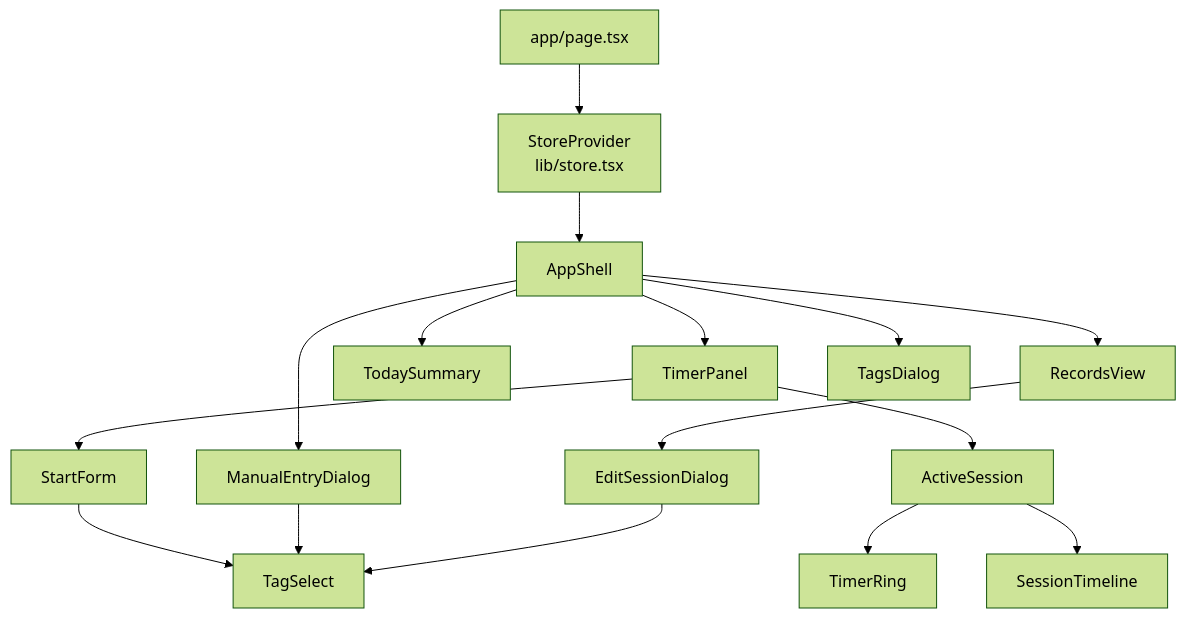
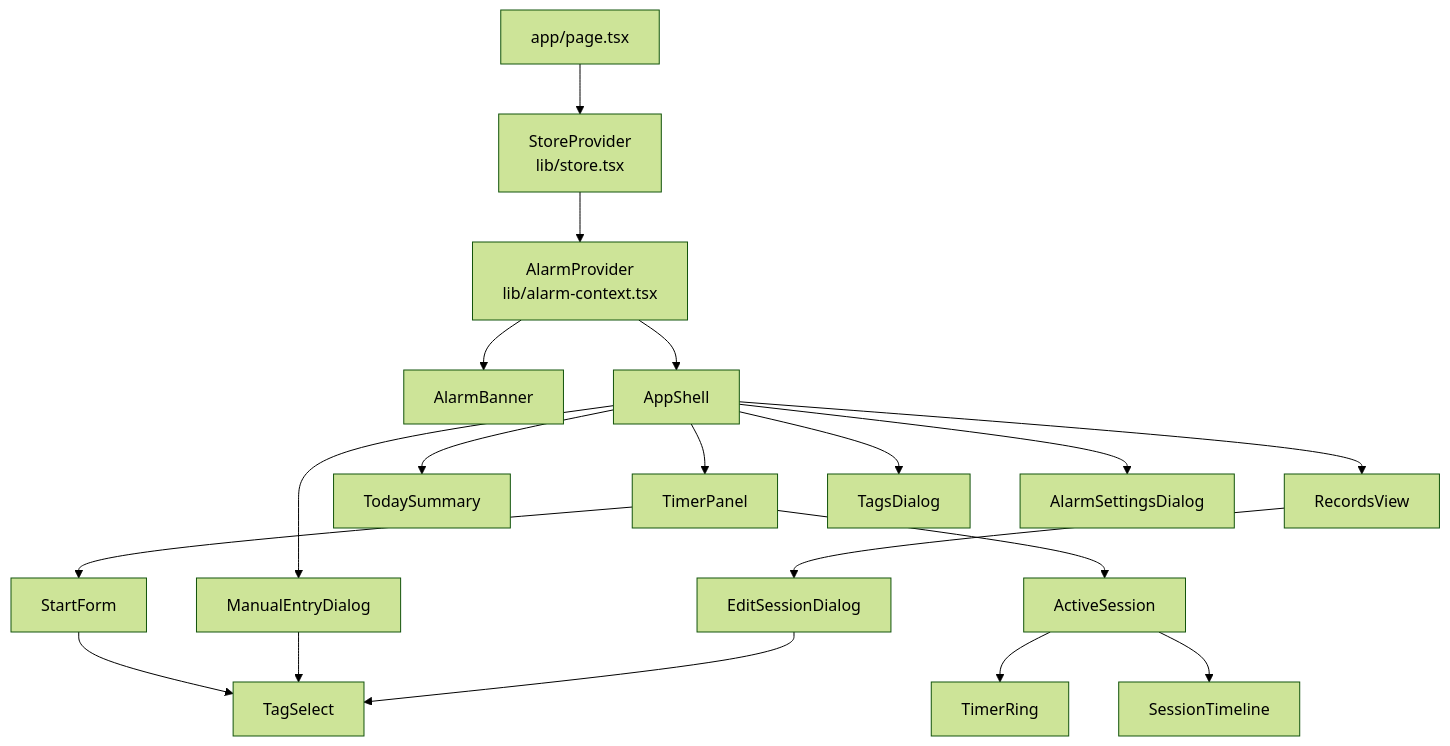
Before and after one commit to vsnlc3/time-tracker-v3: the diagram in docs/architecture/03_フロントエンド解説.md, drawn with Mermaid (forest theme). The commit also changed other lines of this file and 12 other files, not shown here.

````diff
--- a/docs/architecture/03_フロントエンド解説.md
+++ b/docs/architecture/03_フロントエンド解説.md
@@ -68,19 +74,22 @@
 ```mermaid
 flowchart TD
     P[app/page.tsx]
     P --> SP[StoreProvider\nlib/store.tsx]
-    SP --> AS[AppShell]
+    SP --> AP[AlarmProvider\nlib/alarm-context.tsx]
+    AP --> AB[AlarmBanner]
+    AP --> AS[AppShell]
     AS --> TP[TimerPanel]
     TP --> SF[StartForm]
     TP --> ACTIVE[ActiveSession]
     ACTIVE --> RING[TimerRing]
     ACTIVE --> TL[SessionTimeline]
     AS --> SUM[TodaySummary]
     AS --> RV[RecordsView]
     RV --> EDIT[EditSessionDialog]
     AS --> MED[ManualEntryDialog]
     AS --> TAGS[TagsDialog]
+    AS --> ASD[AlarmSettingsDialog]
     SF --> TS[TagSelect]
     MED --> TS
     EDIT --> TS
 ```
````
